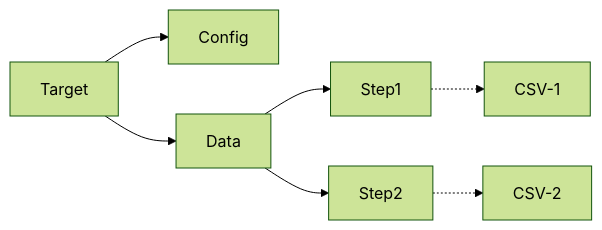
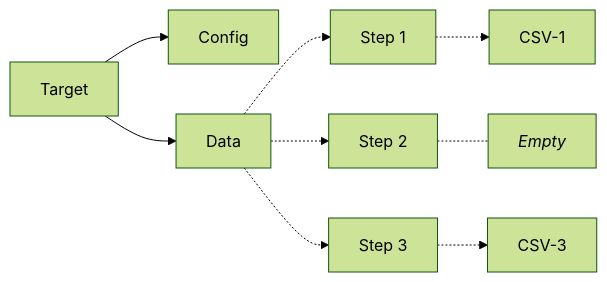
Before and after one commit to freemansoft/entitopia: the second of 2 diagrams in README.md, drawn with Mermaid (forest theme). The commit also changed other lines of this file and 1 other file, not shown here.

````diff
--- a/README.md
+++ b/README.md
@@ -49,8 +50,9 @@
 ```mermaid
 flowchart LR
     Target[Target]-->Config
     Target-->Data
-    Data-->Step1-.->CSV-1
-    Data-->Step2-.->CSV-2
+    Data-.->Step1[Step 1]-.->CSV-1
+    Data-.->Step2[Step 2]-.-Empty-2[<i>Empty</i>]
+    Data-.->Step3[Step 3]-.->CSV-3
 
 ```
````
